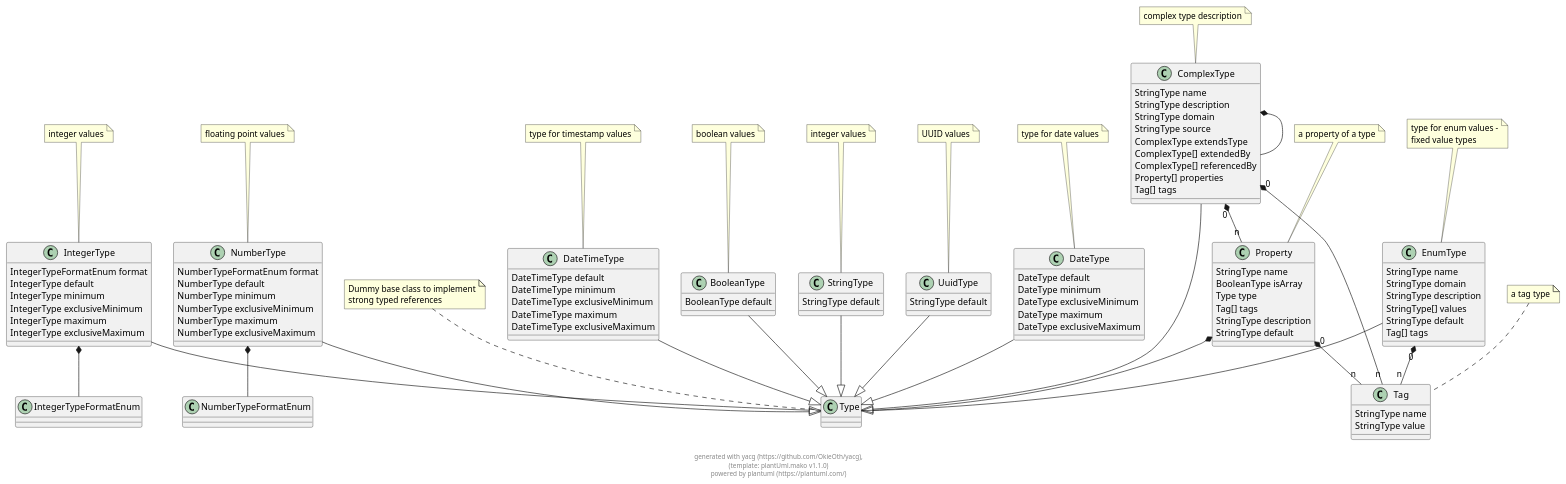
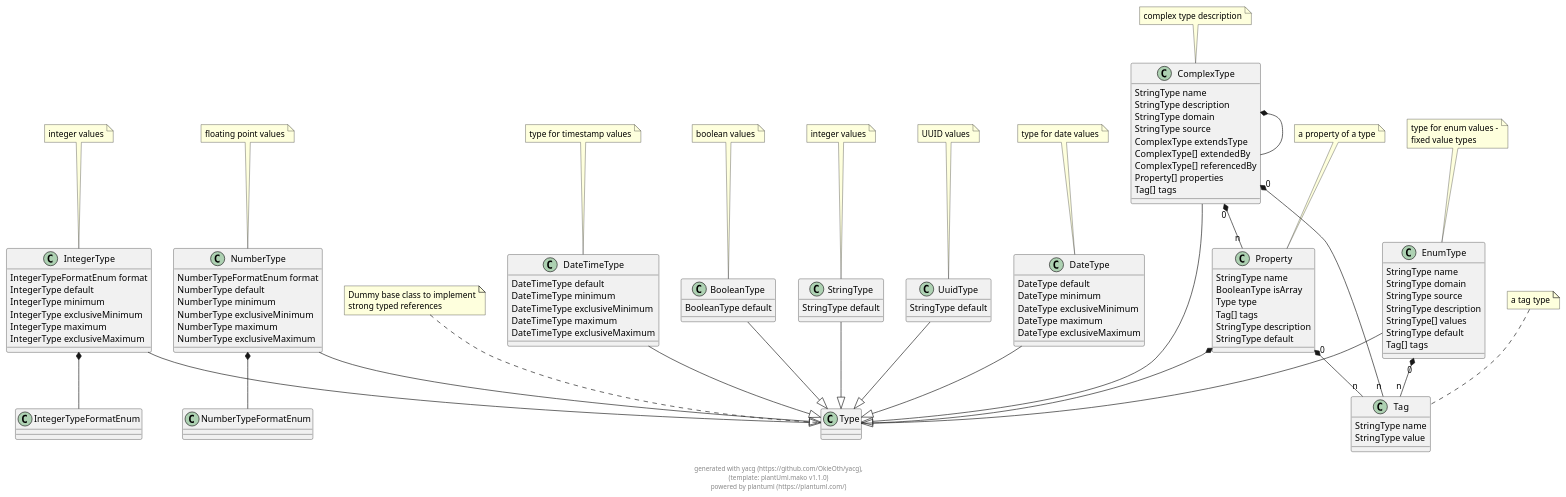
One commit to OkieOth/yacg changed the diagram in docs/puml/yacg_model.puml. Above: the diagram before and after it, drawn with PlantUML. The commit also changed 3 other files, not shown here.

```diff
--- a/docs/puml/yacg_model.puml
+++ b/docs/puml/yacg_model.puml
@@ -2,161 +2,162 @@
 @startuml
 
 class Type {
 }
  
 note top: Dummy base class to implement\nstrong typed references
 
 class IntegerType {
     IntegerTypeFormatEnum format 
     IntegerType default 
     IntegerType minimum 
     IntegerType exclusiveMinimum 
     IntegerType maximum 
     IntegerType exclusiveMaximum 
 }
  
 note top: integer values
 
 IntegerType --|> Type
 class IntegerTypeFormatEnum {
 }
  
 
 class NumberType {
     NumberTypeFormatEnum format 
     NumberType default 
     NumberType minimum 
     NumberType exclusiveMinimum 
     NumberType maximum 
     NumberType exclusiveMaximum 
 }
  
 note top: floating point values
 
 NumberType --|> Type
 class NumberTypeFormatEnum {
 }
  
 
 class BooleanType {
     BooleanType default 
 }
  
 note top: boolean values
 
 BooleanType --|> Type
 class StringType {
     StringType default 
 }
  
 note top: integer values
 
 StringType --|> Type
 class UuidType {
     StringType default 
 }
  
 note top: UUID values
 
 UuidType --|> Type
 class EnumType {
     StringType name 
     StringType domain 
+    StringType source 
     StringType description 
     StringType[] values 
     StringType default 
     Tag[] tags 
 }
  
 note top: type for enum values -\nfixed value types
 
 EnumType --|> Type
 class Tag {
     StringType name 
     StringType value 
 }
  
 note top: a tag type
 
 class DateType {
     DateType default 
     DateType minimum 
     DateType exclusiveMinimum 
     DateType maximum 
     DateType exclusiveMaximum 
 }
  
 note top: type for date values
 
 DateType --|> Type
 class DateTimeType {
     DateTimeType default 
     DateTimeType minimum 
     DateTimeType exclusiveMinimum 
     DateTimeType maximum 
     DateTimeType exclusiveMaximum 
 }
  
 note top: type for timestamp values
 
 DateTimeType --|> Type
 class ComplexType {
     StringType name 
     StringType description 
     StringType domain 
     StringType source 
     ComplexType extendsType 
     ComplexType[] extendedBy 
     ComplexType[] referencedBy 
     Property[] properties 
     Tag[] tags 
 }
  
 note top: complex type description
 
 ComplexType --|> Type
 class Property {
     StringType name 
     BooleanType isArray 
     Type type 
     Tag[] tags 
     StringType description 
     StringType default 
 }
  
 note top: a property of a type
 
 
     
     
 IntegerType  *--  IntegerTypeFormatEnum        
             
     
     
 NumberType  *--  NumberTypeFormatEnum        
             
     
     
     
     
     
 EnumType "0" *-- "n" Tag        
             
     
     
     
     
 ComplexType  *--  ComplexType        
             
 ComplexType "0" *-- "n" Property        
             
 ComplexType "0" *-- "n" Tag        
             
     
 Property  *--  Type        
             
 Property "0" *-- "n" Tag        
             
 
 footer \ngenerated with yacg (https://github.com/OkieOth/yacg),\n(template: plantUml.mako v1.1.0)\npowered by plantuml (https://plantuml.com/)
 @enduml
```
